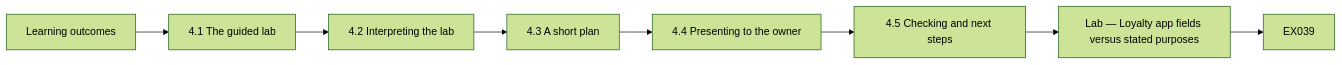
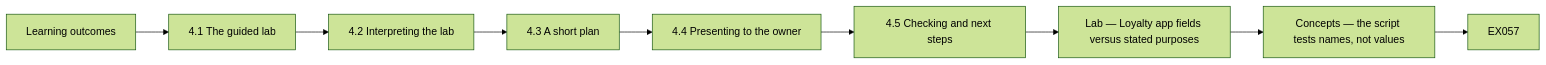
Diagram 11 of 12 in levels/rapid-1-month/privacy-data-protection/en/book/MANUSCRIPT.md (hiagokinlevi/CyKin), drawn with Mermaid (forest theme) before and after one commit. The commit also changed other lines of this file and 1 other file, not shown here.

````diff
--- a/levels/rapid-1-month/privacy-data-protection/en/book/MANUSCRIPT.md
+++ b/levels/rapid-1-month/privacy-data-protection/en/book/MANUSCRIPT.md
@@ -411,11 +588,12 @@
 ```mermaid
 flowchart LR
   N0["Learning outcomes"]
   N1["4.1 The guided lab"]
   N2["4.2 Interpreting the lab"]
   N3["4.3 A short plan"]
   N4["4.4 Presenting to the owner"]
   N5["4.5 Checking and next steps"]
   N6["Lab — Loyalty app fields versus stated purposes"]
-  N0 --> N1 --> N2 --> N3 --> N4 --> N5 --> N6 --> Q["EX039"]
+  N7["Concepts — the script tests names, not values"]
+  N0 --> N1 --> N2 --> N3 --> N4 --> N5 --> N6 --> N7 --> Q["EX057"]
 ```
````
